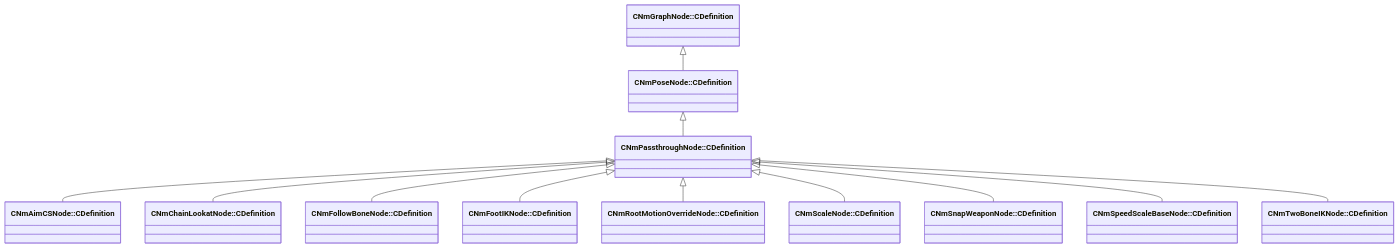
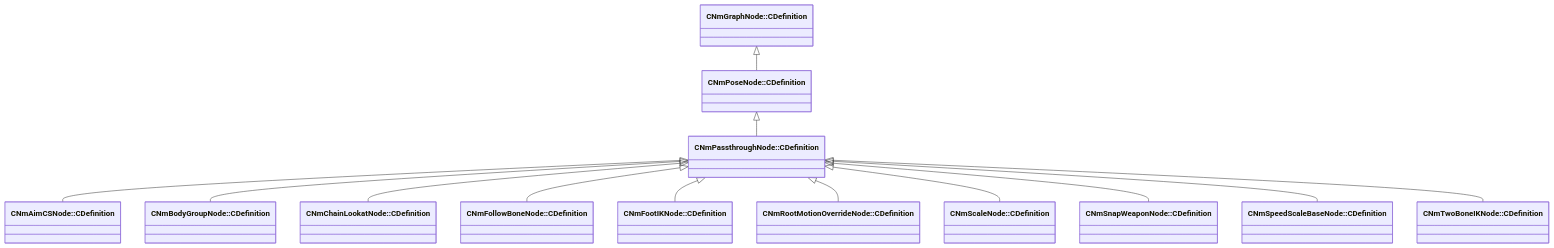
One commit to CS2OpenDev/CS2OpenDev-Docs changed the diagram in docs/generated/schemas/animlib/CNmPassthroughNode.CDefinition.md. Above: the diagram before and after it, drawn with Mermaid. The commit also changed other lines of this file and 4654 other files, not shown here.

Commit message:
docs: regenerate for SchemaTracker build 25947352 [skip ci]

````diff
--- a/docs/generated/schemas/animlib/CNmPassthroughNode.CDefinition.md
+++ b/docs/generated/schemas/animlib/CNmPassthroughNode.CDefinition.md
@@ -21,14 +21,15 @@
 ```mermaid
 classDiagram
     `CNmPoseNode::CDefinition` <|-- `CNmPassthroughNode::CDefinition`
     `CNmGraphNode::CDefinition` <|-- `CNmPoseNode::CDefinition`
     `CNmPassthroughNode::CDefinition` <|-- `CNmAimCSNode::CDefinition`
+    `CNmPassthroughNode::CDefinition` <|-- `CNmBodyGroupNode::CDefinition`
     `CNmPassthroughNode::CDefinition` <|-- `CNmChainLookatNode::CDefinition`
     `CNmPassthroughNode::CDefinition` <|-- `CNmFollowBoneNode::CDefinition`
     `CNmPassthroughNode::CDefinition` <|-- `CNmFootIKNode::CDefinition`
     `CNmPassthroughNode::CDefinition` <|-- `CNmRootMotionOverrideNode::CDefinition`
     `CNmPassthroughNode::CDefinition` <|-- `CNmScaleNode::CDefinition`
     `CNmPassthroughNode::CDefinition` <|-- `CNmSnapWeaponNode::CDefinition`
     `CNmPassthroughNode::CDefinition` <|-- `CNmSpeedScaleBaseNode::CDefinition`
     `CNmPassthroughNode::CDefinition` <|-- `CNmTwoBoneIKNode::CDefinition`
 ```
````
